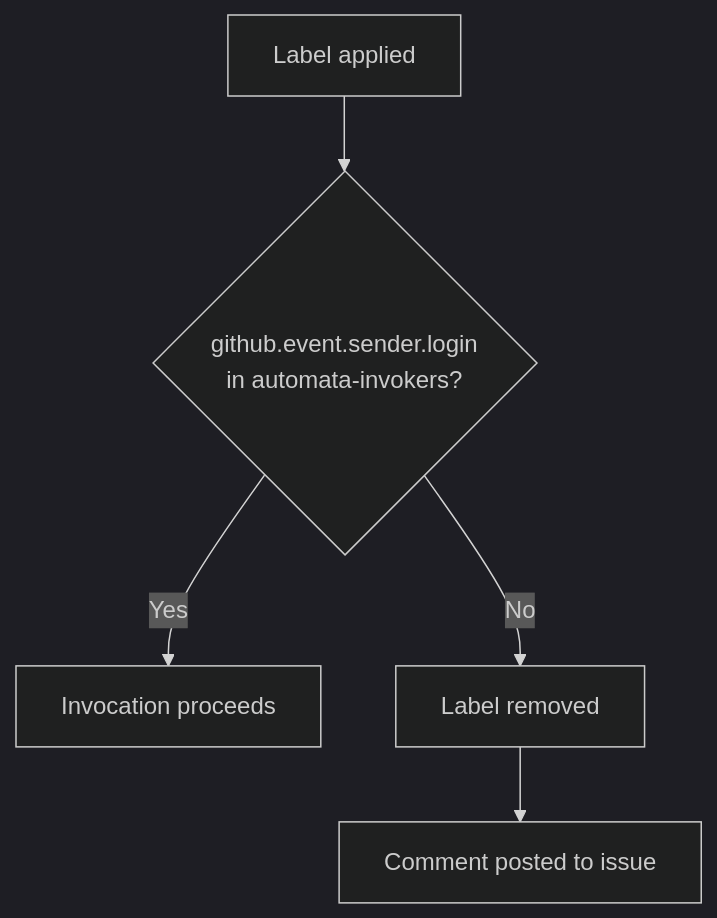
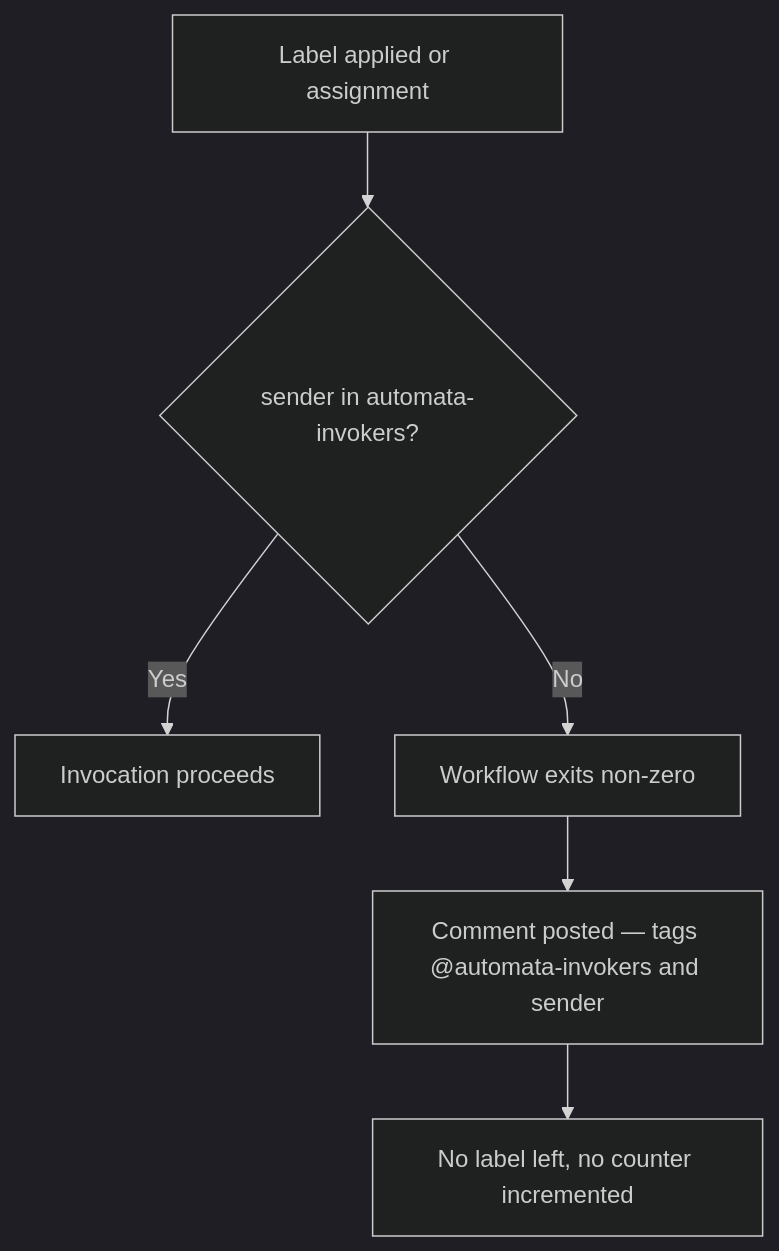
Before and after one commit to MockaSort-Studio/hall-of-automata: the diagram in codex/architecture/permissions-model.md, drawn with Mermaid (dark theme). The commit also changed other lines of this file and 14 other files, not shown here.

````diff
--- a/codex/architecture/permissions-model.md
+++ b/codex/architecture/permissions-model.md
@@ -9,7 +13,8 @@
 ```mermaid
 flowchart TD
-    A[Label applied] --> B{github.event.sender.login\nin automata-invokers?}
+    A[Label applied or assignment] --> B{sender in automata-invokers?}
     B -- Yes --> C[Invocation proceeds]
-    B -- No --> D[Label removed]
-    D --> E[Comment posted to issue]
+    B -- No --> D[Workflow exits non-zero]
+    D --> E[Comment posted — tags @automata-invokers and sender]
+    E --> F[No label left, no counter incremented]
 ```
````
